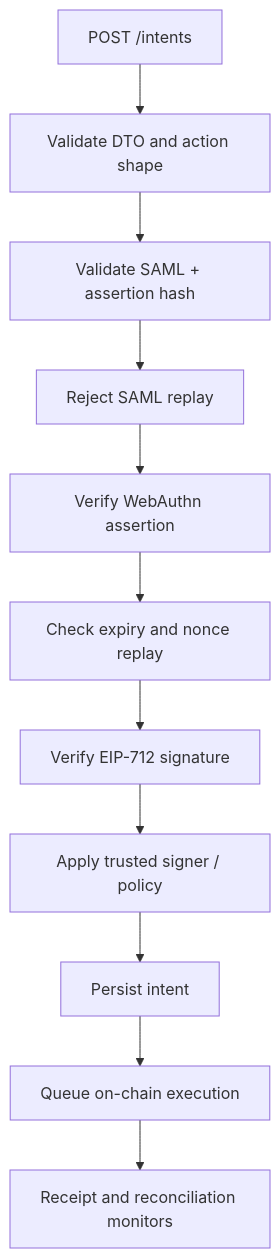
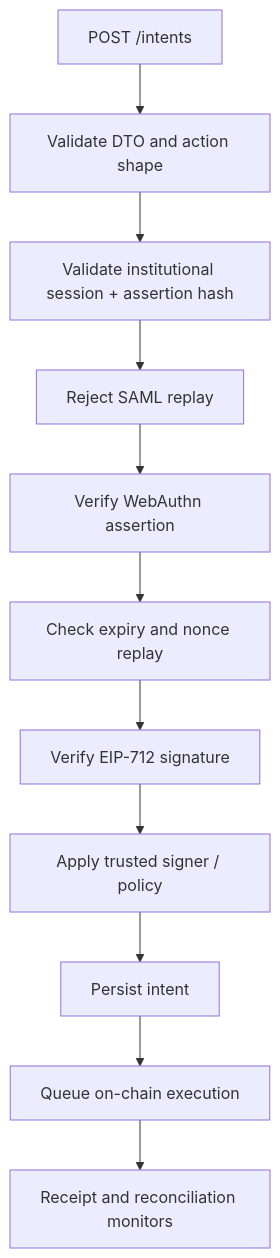
Before and after one commit to DecentraLabsCom/Blockchain-Services: the first of 3 diagrams in docs/services/intents/INTENTS_PROVISIONING.md, drawn with Mermaid. The commit also changed other lines of this file and 52 other files, not shown here.

Commit message:
Replace raw SAML operation auth with institutional sessions

````diff
--- a/docs/services/intents/INTENTS_PROVISIONING.md
+++ b/docs/services/intents/INTENTS_PROVISIONING.md
@@ -103,13 +116,13 @@
 ```mermaid
 flowchart TD
     A[POST /intents] --> B[Validate DTO and action shape]
-    B --> C[Validate SAML + assertion hash]
+    B --> C[Validate institutional session + assertion hash]
     C --> D[Reject SAML replay]
     D --> E[Verify WebAuthn assertion]
     E --> F[Check expiry and nonce replay]
     F --> G[Verify EIP-712 signature]
     G --> H[Apply trusted signer / policy]
     H --> I[Persist intent]
     I --> J[Queue on-chain execution]
     J --> K[Receipt and reconciliation monitors]
 ```
````
